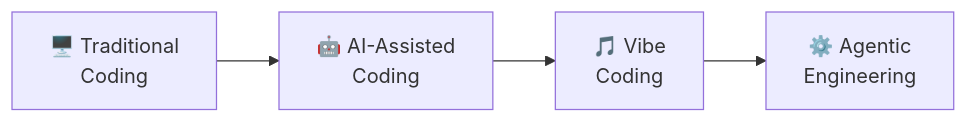
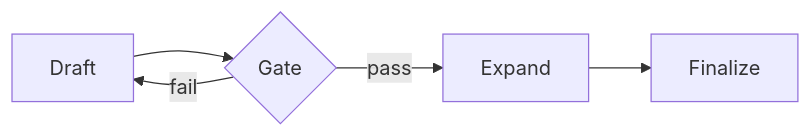
One commit to davidkaya/blog changed the second of 8 diagrams in talks/standard/Agentic Engineering/presentation.md. Above: the diagram before and after it, drawn with Mermaid. The commit also changed other lines of this file, not shown here.

Commit message:
feat(talks): add agentic engineering presentation

````diff
--- a/talks/standard/Agentic Engineering/presentation.md
+++ b/talks/standard/Agentic Engineering/presentation.md
@@ -58,6 +622,7 @@
 ```mermaid
 flowchart LR
-    A["🖥️ Traditional<br>Coding"] --> B["🤖 AI-Assisted<br>Coding"]
-    B --> C["🎵 Vibe<br>Coding"]
-    C --> D["⚙️ Agentic<br>Engineering"]
+    A["Draft"] --> B{"Gate"}
+    B -->|pass| C["Expand"]
+    B -->|fail| A
+    C --> D["Finalize"]
 ```
````
